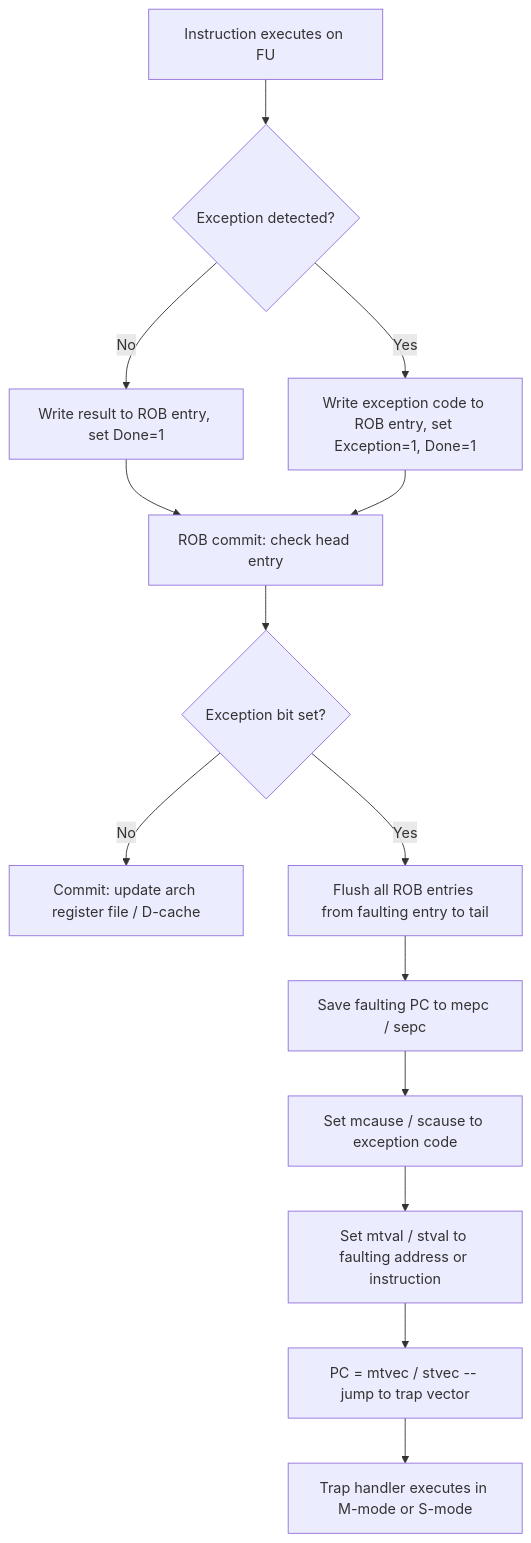
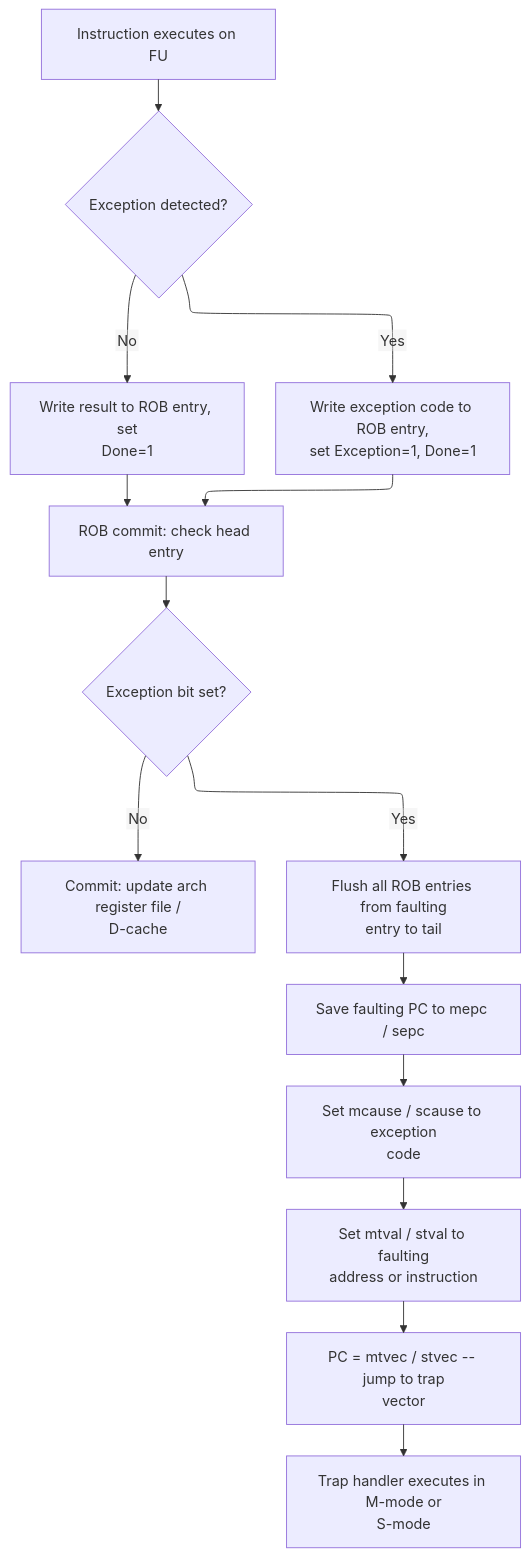
One commit to Wty2003328/ai_infra_intro changed diagram 12 of 12 in hardware_design/01_Architecture_and_PPA/CPU_Architecture.md. Above: the diagram before and after it, drawn with Mermaid. The commit also changed other lines of this file and 108 other files, not shown here.

````diff
--- a/hardware_design/01_Architecture_and_PPA/CPU_Architecture.md
+++ b/hardware_design/01_Architecture_and_PPA/CPU_Architecture.md
@@ -2441,16 +2316,17 @@
 ```mermaid
+%%{init: {"flowchart": {"defaultRenderer": "elk", "nodeSpacing": 60, "rankSpacing": 60, "htmlLabels": false}}}%%
 flowchart TD
     A[Instruction executes on FU] --> B{Exception detected?}
-    B -->|No| C[Write result to ROB entry, set Done=1]
-    B -->|Yes| D[Write exception code to ROB entry, set Exception=1, Done=1]
+    B -->|No| C[Write result to ROB entry, set<br/>Done=1]
+    B -->|Yes| D[Write exception code to ROB entry,<br/>set Exception=1, Done=1]
     C --> E[ROB commit: check head entry]
     D --> E
     E --> F{Exception bit set?}
-    F -->|No| G[Commit: update arch register file / D-cache]
-    F -->|Yes| H[Flush all ROB entries from faulting entry to tail]
+    F -->|No| G[Commit: update arch register file /<br/>D-cache]
+    F -->|Yes| H[Flush all ROB entries from faulting<br/>entry to tail]
     H --> I[Save faulting PC to mepc / sepc]
-    I --> J[Set mcause / scause to exception code]
-    J --> K[Set mtval / stval to faulting address or instruction]
-    K --> L[PC = mtvec / stvec -- jump to trap vector]
-    L --> M[Trap handler executes in M-mode or S-mode]
+    I --> J[Set mcause / scause to exception<br/>code]
+    J --> K[Set mtval / stval to faulting<br/>address or instruction]
+    K --> L[PC = mtvec / stvec -- jump to trap<br/>vector]
+    L --> M[Trap handler executes in M-mode or<br/>S-mode]
 ```
````
